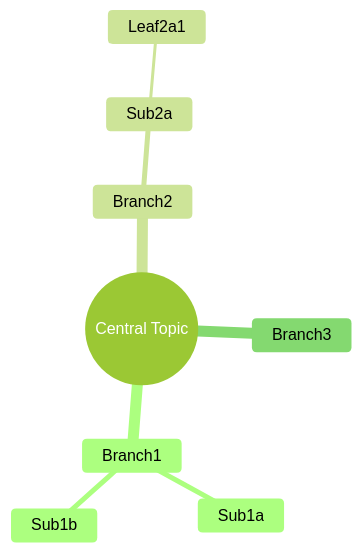
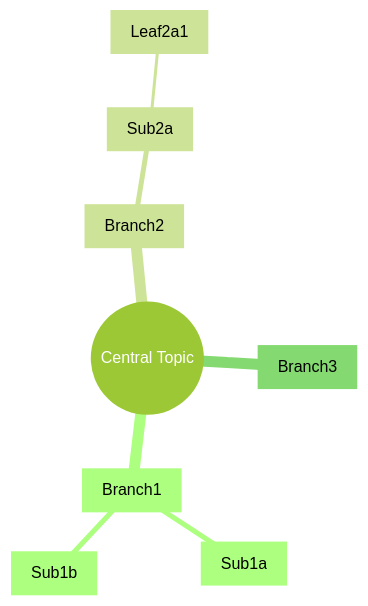
One commit to kouko/monkey-skills changed the first of 7 diagrams in obsidian/skills/obsidian-mermaid-visualizer/flow/mindmap.md. Above: the diagram before and after it, drawn with Mermaid (forest theme). The commit also changed other lines of this file and 17 other files, not shown here.

````diff
--- a/obsidian/skills/obsidian-mermaid-visualizer/flow/mindmap.md
+++ b/obsidian/skills/obsidian-mermaid-visualizer/flow/mindmap.md
@@ -21,11 +21,11 @@
 ```mermaid
 mindmap
-  root((Central Topic))
-    Branch1
-      Sub1a
-      Sub1b
-    Branch2
-      Sub2a
-        Leaf2a1
-    Branch3
+  root(("Central Topic"))
+    Branch1["Branch1"]
+      Sub1a["Sub1a"]
+      Sub1b["Sub1b"]
+    Branch2["Branch2"]
+      Sub2a["Sub2a"]
+        Leaf2a1["Leaf2a1"]
+    Branch3["Branch3"]
 ```
````
